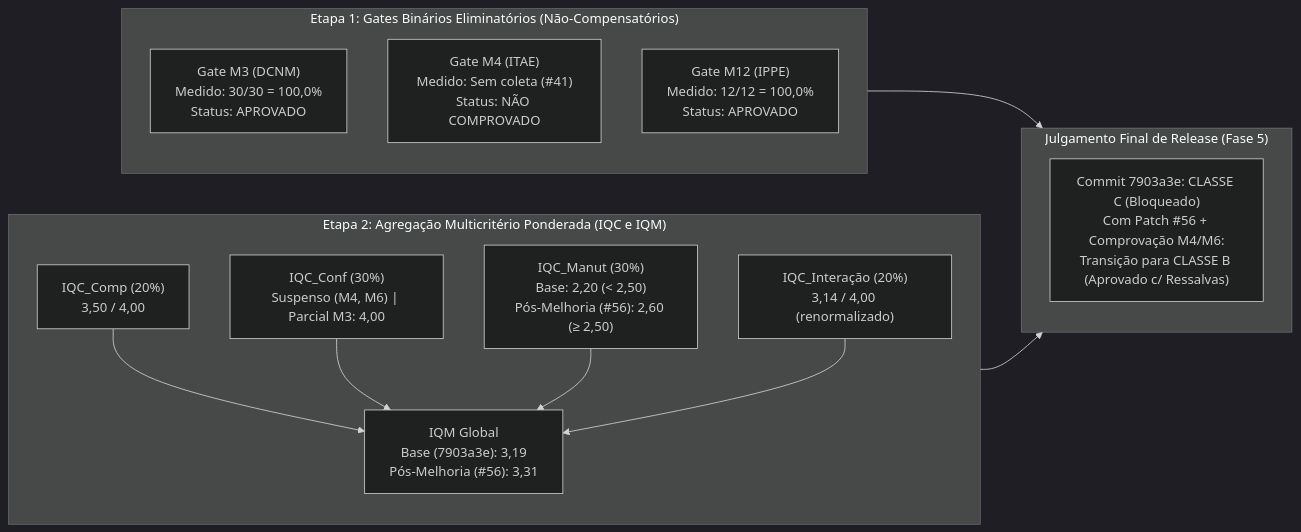
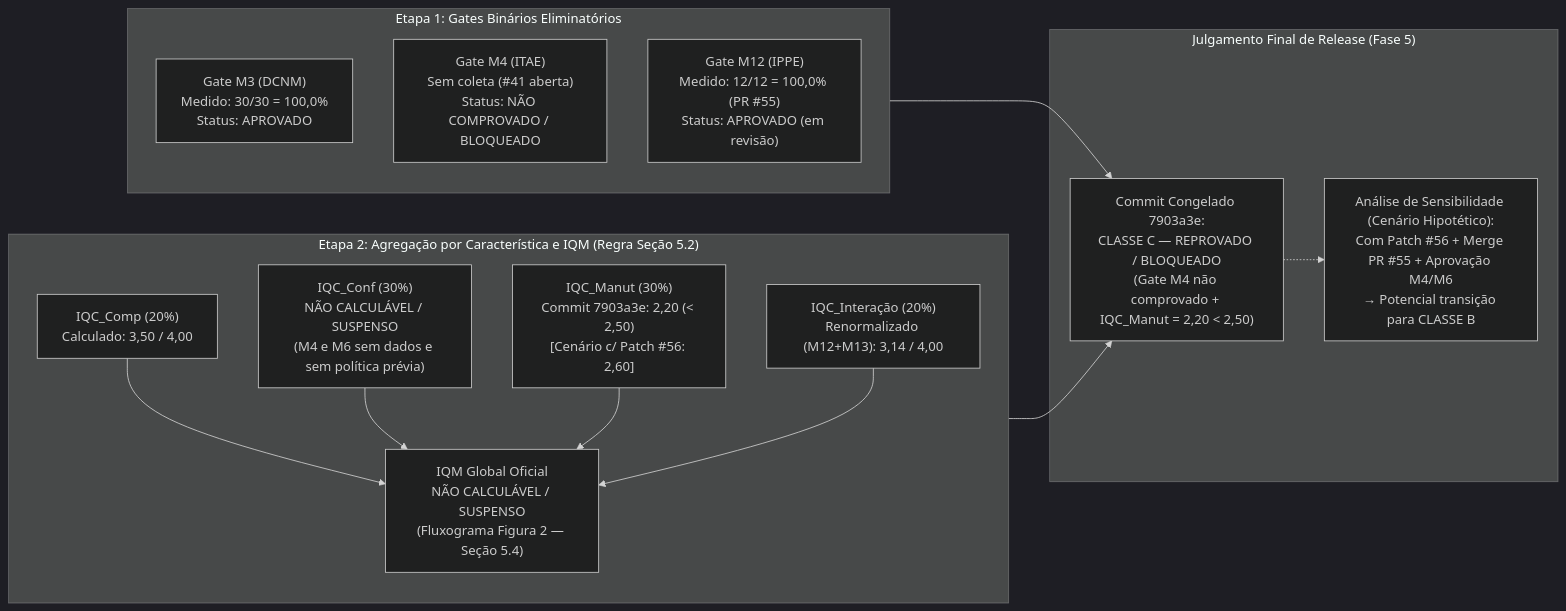
Before and after one commit to FCTE-Qualidade-de-Software-1/2026-2_T02_GRACE_HOPPER: the second of 2 diagrams in docs/plano_medicao_testes.md, drawn with Mermaid (dark theme). The commit also changed other lines of this file and 11 other files, not shown here.

````diff
--- a/docs/plano_medicao_testes.md
+++ b/docs/plano_medicao_testes.md
@@ -354,24 +358,26 @@
 ```mermaid
 flowchart LR
-    subgraph ETAPA1["Etapa 1: Gates Binários Eliminatórios (Não-Compensatórios)"]
+    subgraph ETAPA1["Etapa 1: Gates Binários Eliminatórios"]
         M3_G["Gate M3 (DCNM)<br/>Medido: 30/30 = 100,0%<br/>Status: APROVADO"]
-        M4_G["Gate M4 (ITAE)<br/>Medido: Sem coleta (#41)<br/>Status: NÃO COMPROVADO"]
-        M12_G["Gate M12 (IPPE)<br/>Medido: 12/12 = 100,0%<br/>Status: APROVADO"]
+        M4_G["Gate M4 (ITAE)<br/>Sem coleta (#41 aberta)<br/>Status: NÃO COMPROVADO / BLOQUEADO"]
+        M12_G["Gate M12 (IPPE)<br/>Medido: 12/12 = 100,0% (PR #55)<br/>Status: APROVADO (em revisão)"]
     end
 
-    subgraph ETAPA2["Etapa 2: Agregação Multicritério Ponderada (IQC e IQM)"]
-        IQC1["IQC_Comp (20%)<br/>3,50 / 4,00"]
-        IQC2["IQC_Conf (30%)<br/>Suspenso (M4, M6) | Parcial M3: 4,00"]
-        IQC3["IQC_Manut (30%)<br/>Base: 2,20 (&lt; 2,50)<br/>Pós-Melhoria (#56): 2,60 (&ge; 2,50)"]
-        IQC4["IQC_Interação (20%)<br/>3,14 / 4,00 (renormalizado)"]
-        IQM_BOX["IQM Global<br/>Base (7903a3e): 3,19<br/>Pós-Melhoria (#56): 3,31"]
+    subgraph ETAPA2["Etapa 2: Agregação por Característica e IQM (Regra Seção 5.2)"]
+        IQC1["IQC_Comp (20%)<br/>Calculado: 3,50 / 4,00"]
+        IQC2["IQC_Conf (30%)<br/>NÃO CALCULÁVEL / SUSPENSO<br/>(M4 e M6 sem dados e sem política prévia)"]
+        IQC3["IQC_Manut (30%)<br/>Commit 7903a3e: 2,20 (&lt; 2,50)<br/>[Cenário c/ Patch #56: 2,60]"]
+        IQC4["IQC_Interação (20%)<br/>Renormalizado (M12+M13): 3,14 / 4,00"]
+        IQM_BOX["IQM Global Oficial<br/>NÃO CALCULÁVEL / SUSPENSO<br/>(Fluxograma Figura 2 — Seção 5.4)"]
         IQC1 & IQC2 & IQC3 & IQC4 --> IQM_BOX
     end
 
     subgraph DECISAO["Julgamento Final de Release (Fase 5)"]
-        VEREDITO["Commit 7903a3e: CLASSE C (Bloqueado)<br/>Com Patch #56 + Comprovação M4/M6:<br/>Transição para CLASSE B (Aprovado c/ Ressalvas)"]
+        VEREDITO["Commit Congelado 7903a3e:<br/>CLASSE C — REPROVADO / BLOQUEADO<br/>(Gate M4 não comprovado + IQC_Manut = 2,20 &lt; 2,50)"]
+        CENARIO["Análise de Sensibilidade (Cenário Hipotético):<br/>Com Patch #56 + Merge PR #55 + Aprovação M4/M6<br/>→ Potencial transição para CLASSE B"]
+        VEREDITO -.-> CENARIO
     end
 
-    ETAPA1 --> DECISAO
-    ETAPA2 --> DECISAO
+    ETAPA1 --> VEREDITO
+    ETAPA2 --> VEREDITO
 ```
````
